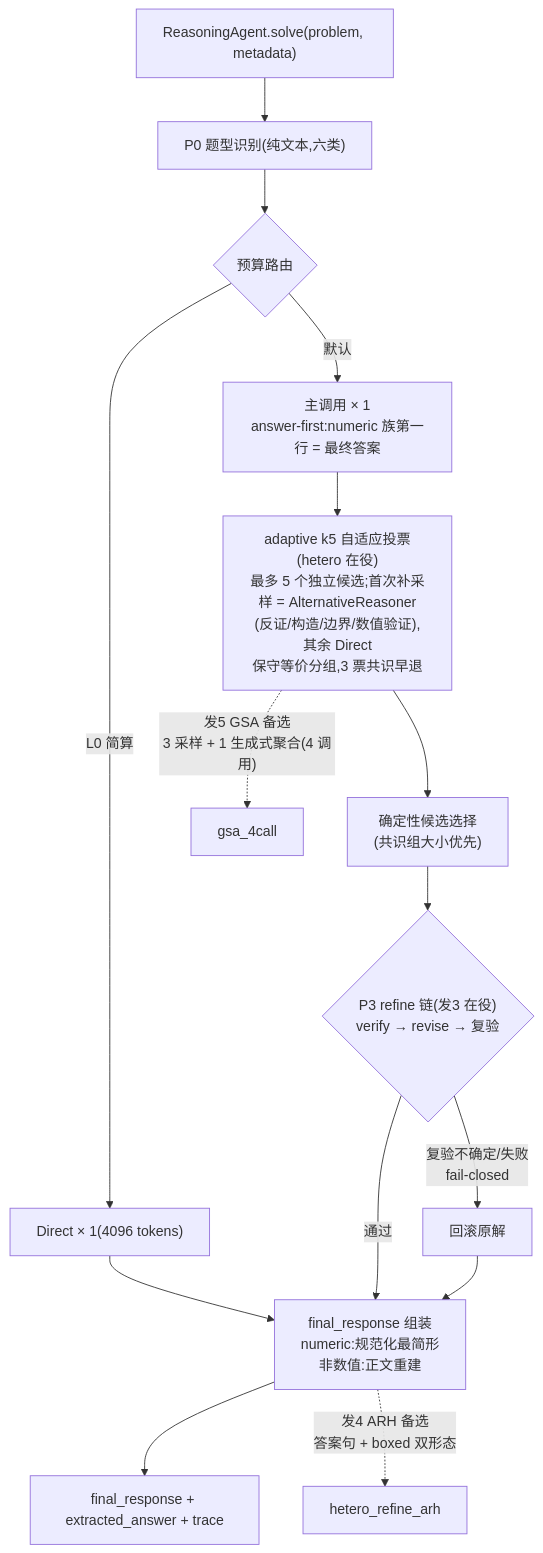
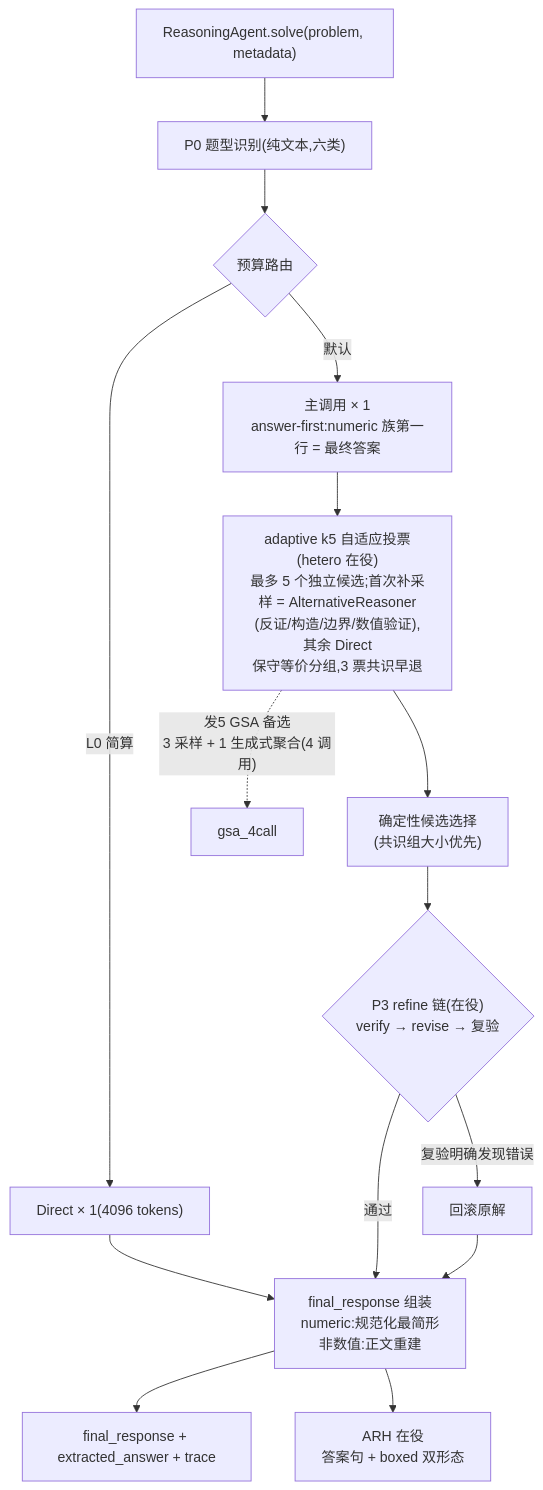
The first of 2 diagrams in README.md (RUSS0718/Challenge-Cup-2026), drawn with Mermaid before and after one commit. The commit also changed other lines of this file and 17 other files, not shown here.

````diff
--- a/README.md
+++ b/README.md
@@ -18,17 +19,17 @@
 ```mermaid
 flowchart TD
     entry["ReasoningAgent.solve(problem, metadata)"] --> classify["P0 题型识别(纯文本,六类)"]
     classify --> route{"预算路由"}
     route -->|"L0 简算"| l0["Direct × 1(4096 tokens)"]
     route -->|"默认"| main1["主调用 × 1<br/>answer-first:numeric 族第一行 = 最终答案"]
     l0 --> finalize
     main1 --> vote["adaptive k5 自适应投票(hetero 在役)<br/>最多 5 个独立候选;首次补采样 = AlternativeReasoner<br/>(反证/构造/边界/数值验证),其余 Direct<br/>保守等价分组,3 票共识早退"]
     vote --> select["确定性候选选择<br/>(共识组大小优先)"]
-    select --> refine{"P3 refine 链(发3 在役)<br/>verify → revise → 复验"}
-    refine -->|"复验不确定/失败<br/>fail-closed"| rollback["回滚原解"]
+    select --> refine{"P3 refine 链(在役)<br/>verify → revise → 复验"}
+    refine -->|"复验明确发现错误"| rollback["回滚原解"]
     refine -->|"通过"| finalize["final_response 组装<br/>numeric:规范化最简形<br/>非数值:正文重建"]
     rollback --> finalize
     finalize --> out["final_response + extracted_answer + trace"]
     vote -. "发5 GSA 备选<br/>3 采样 + 1 生成式聚合(4 调用)" .-> gsa["gsa_4call"]
-    finalize -. "发4 ARH 备选<br/>答案句 + boxed 双形态" .-> arh["hetero_refine_arh"]
+    finalize --> arh["ARH 在役<br/>答案句 + boxed 双形态"]
 ```
````
